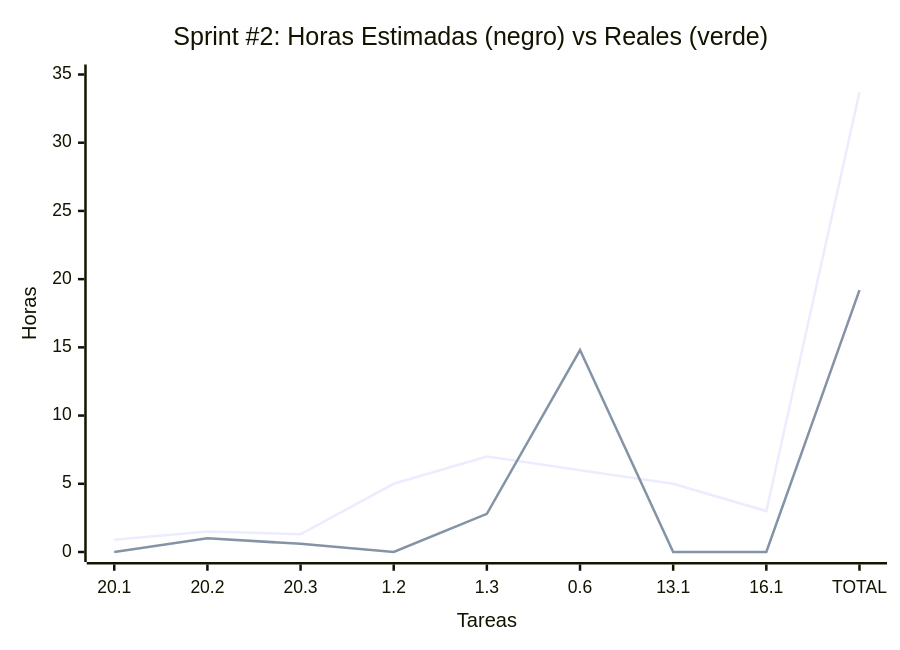
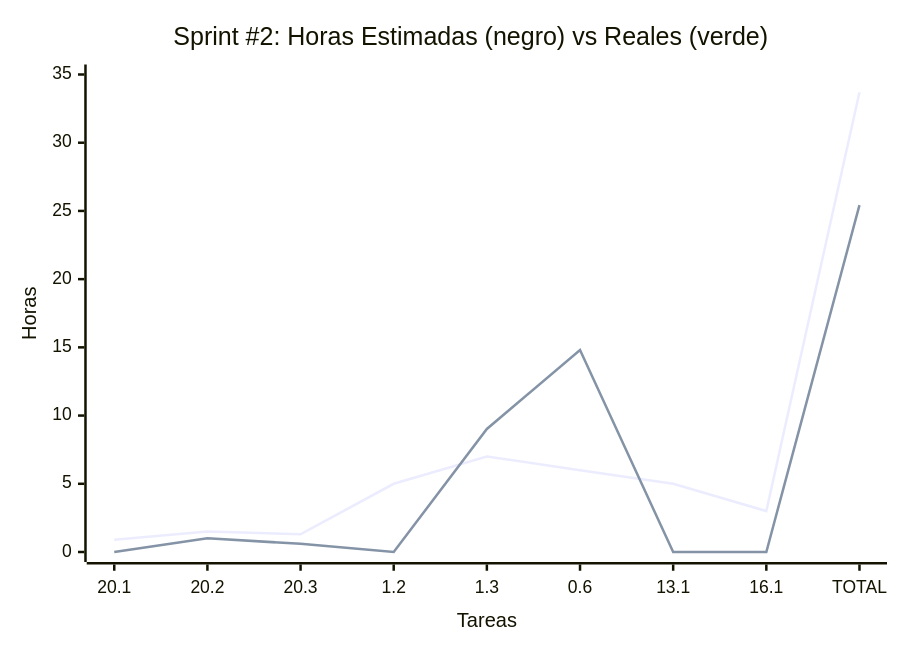
The second of 2 diagrams in docs/SprintsPlanning.md (MarkMed/FleetMan), drawn with Mermaid before and after one commit. The commit also changed other lines of this file, not shown here.

````diff
--- a/docs/SprintsPlanning.md
+++ b/docs/SprintsPlanning.md
@@ -91,12 +91,12 @@
 ```mermaid
 xychart-beta
     title "Sprint #2: Horas Estimadas #40;negro#41; vs Reales #40;verde#41;"
     x-axis "Tareas" ["20.1", "20.2", "20.3", "1.2", "1.3", "0.6", "13.1", "16.1", "TOTAL"]
     y-axis "Horas" 0 --> 35
 	
 	%% Black line
     line [0.9, 1.5, 1.3, 5, 7, 6, 5, 3, 33.7]
 
 	%% Green line
-    line [0, 1, 0.6, 0, 2.8, 14.8, 0, 0, 19.2]
+    line [0, 1, 0.6, 0, 9.02, 14.8, 0, 0, 25.42]
 ```
````
